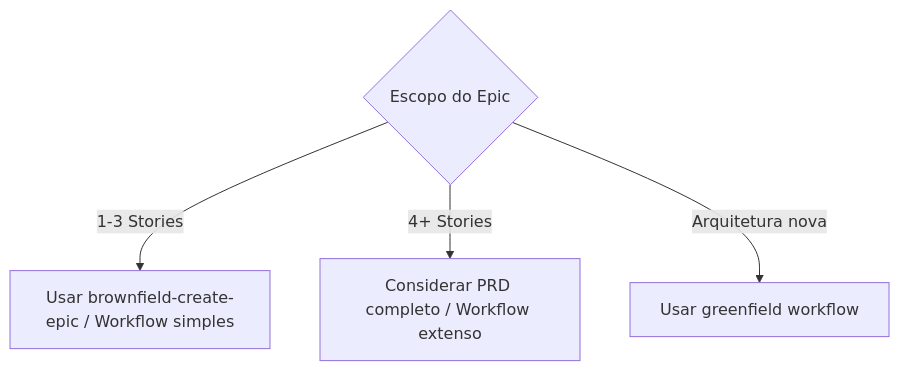
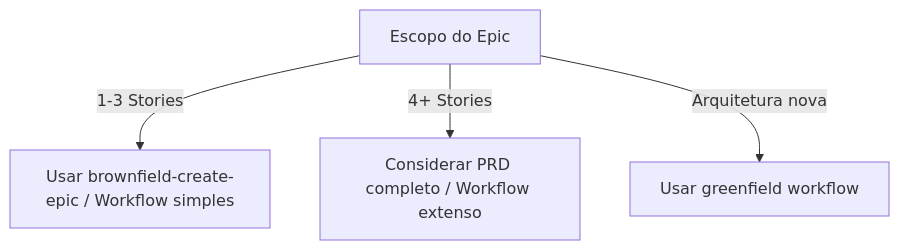
Before and after one commit to bychrisr/aios-docs: the seventh of 7 diagrams in content/en/docs/guides/workflows/BROWNFIELD-DISCOVERY-WORKFLOW.mdx, drawn with Mermaid. The commit also changed other lines of this file and 40 other files, not shown here.

````diff
--- a/content/en/docs/guides/workflows/BROWNFIELD-DISCOVERY-WORKFLOW.mdx
+++ b/content/en/docs/guides/workflows/BROWNFIELD-DISCOVERY-WORKFLOW.mdx
@@ -793,7 +793,7 @@
 ```mermaid
 flowchart TD
-    Q3{Escopo do Epic}
+    Q3[Escopo do Epic]
     Q3 -->|1-3 Stories| A7[Usar brownfield-create-epic / Workflow simples]
     Q3 -->|4+ Stories| A8[Considerar PRD completo / Workflow extenso]
     Q3 -->|Arquitetura nova| A9[Usar greenfield workflow]
 ```
````
